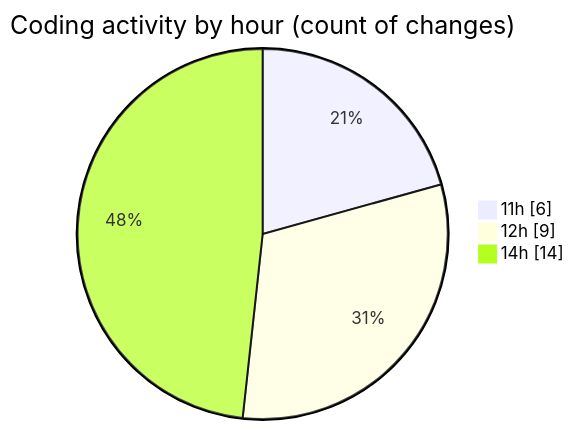
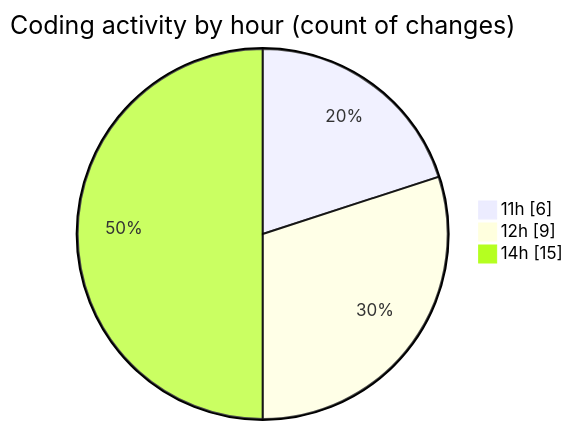
The second of 2 diagrams in 2025-10-17/untitled__workspace_/README.md (debugP/code-tracking), drawn with Mermaid before and after one commit. The commit also changed other lines of this file and 1 other file, not shown here.

````diff
--- a/2025-10-17/untitled__workspace_/README.md
+++ b/2025-10-17/untitled__workspace_/README.md
@@ -32,7 +32,7 @@
 ```mermaid
 pie showData
 title Coding activity by hour (count of changes)
 "11h" : 6
 "12h" : 9
-"14h" : 14
+"14h" : 15
 ```
````
